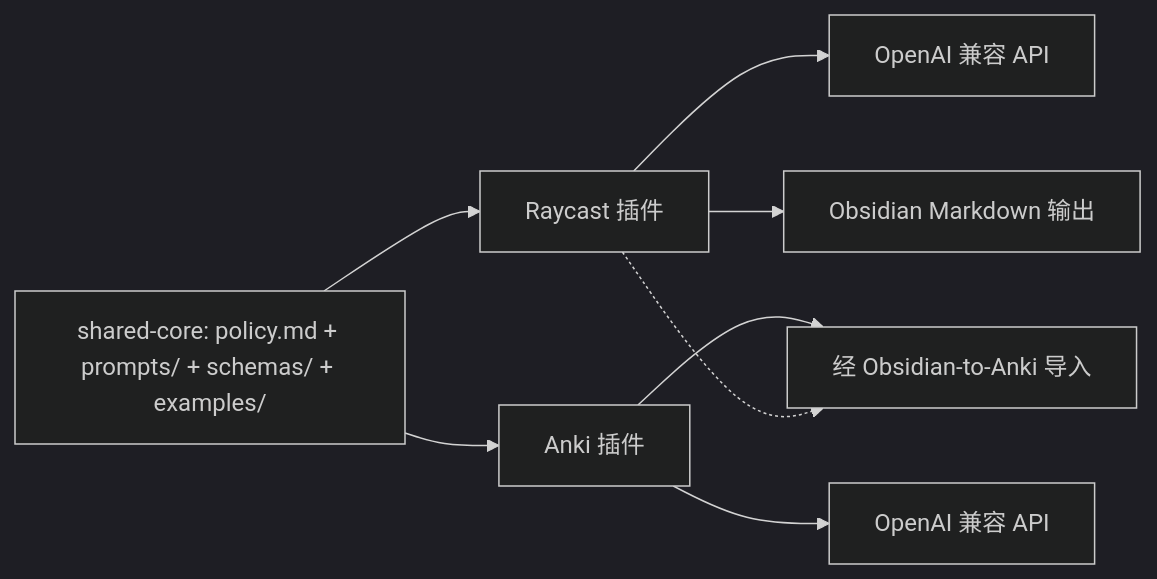
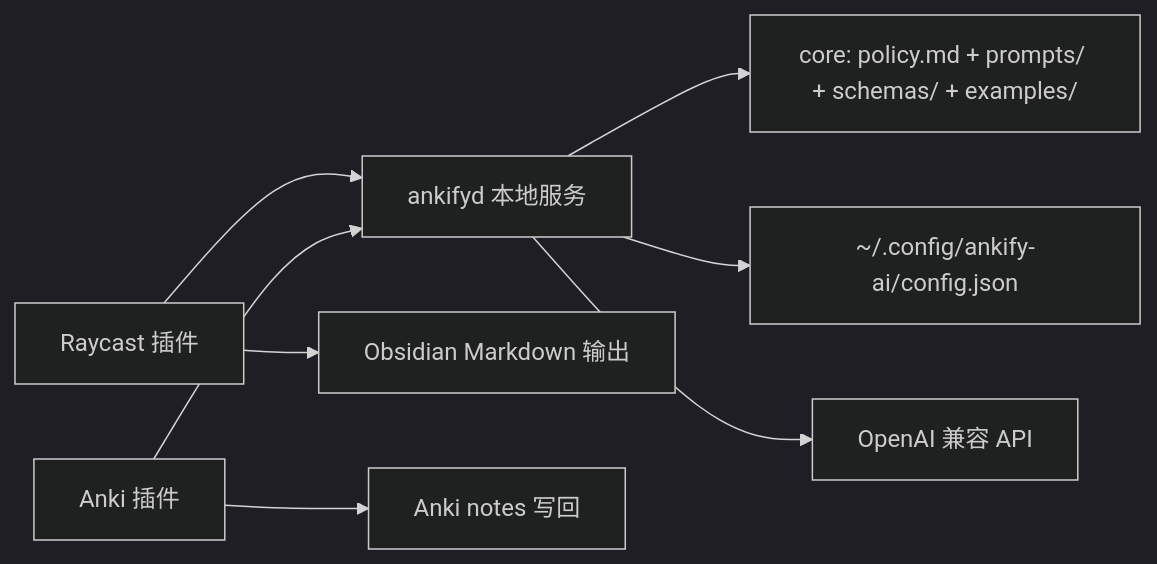
One commit to 67-68/dsh-plugins changed the diagram in plans/ankify-ai/README.md. Above: the diagram before and after it, drawn with Mermaid (dark theme). The commit also changed other lines of this file and 33 other files, not shown here.

Commit message:
feat: add ankifyd daemon and make Anki plugin a thin client

````diff
--- a/plans/ankify-ai/README.md
+++ b/plans/ankify-ai/README.md
@@ -30,10 +30,10 @@
 ```mermaid
 flowchart LR
-  CORE[shared-core: policy.md + prompts/ + schemas/ + examples/] --> R[Raycast 插件]
-  CORE --> A[Anki 插件]
-  R --> AI1[OpenAI 兼容 API]
-  A --> AI2[OpenAI 兼容 API]
+  R[Raycast 插件] --> D[ankifyd 本地服务]
+  A[Anki 插件] --> D
+  D --> C[core: policy.md + prompts/ + schemas/ + examples/]
+  D --> CFG[~/.config/ankify-ai/config.json]
+  D --> AI[OpenAI 兼容 API]
   R --> MD[Obsidian Markdown 输出]
   A --> ANKI[Anki notes 写回]
-  R -.-> ANKI[经 Obsidian-to-Anki 导入]
 ```
````
